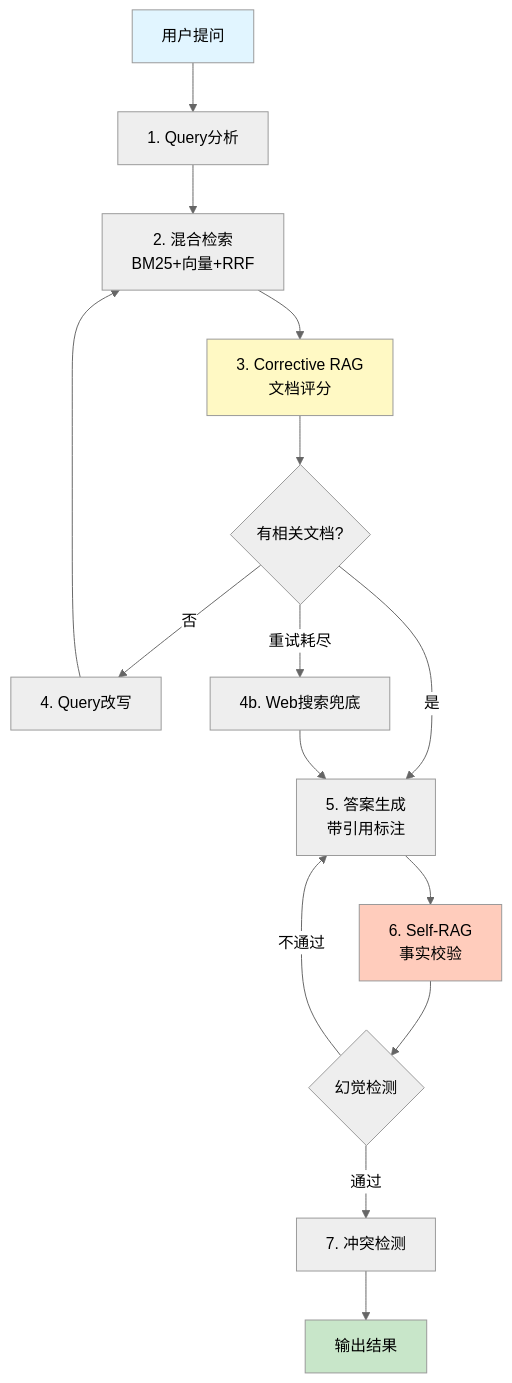
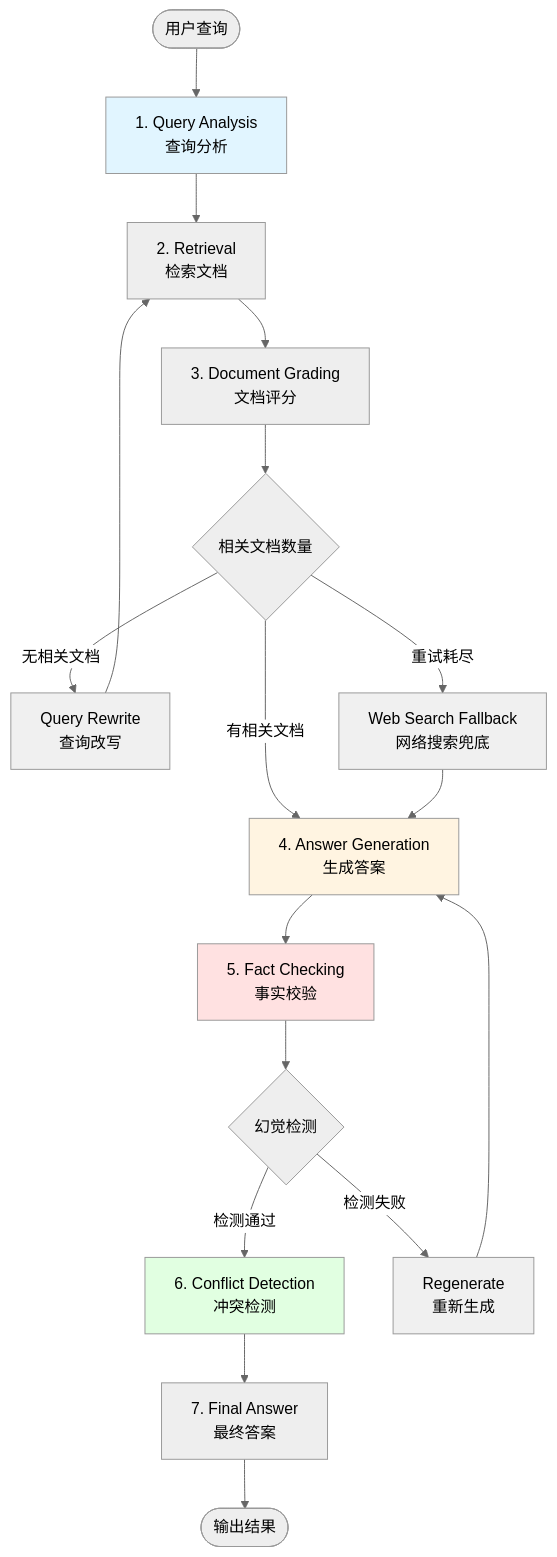
The first of 2 diagrams in README.md (Alelasi/deep-rag), drawn with Mermaid (neutral theme) before and after one commit. The commit also changed other lines of this file and 353 other files, not shown here.

````diff
--- a/README.md
+++ b/README.md
@@ -39,22 +330,32 @@
 ```mermaid
 graph TD
-    A[用户提问] --> B[1. Query分析]
-    B --> C[2. 混合检索<br/>BM25+向量+RRF]
-    C --> D[3. Corrective RAG<br/>文档评分]
-    D --> E{有相关文档?}
-    E -->|是| F[5. 答案生成<br/>带引用标注]
-    E -->|否| G[4. Query改写]
-    G --> C
-    E -->|重试耗尽| H[4b. Web搜索兜底]
-    H --> F
-    F --> I[6. Self-RAG<br/>事实校验]
-    I --> J{幻觉检测}
-    J -->|通过| K[7. 冲突检测]
-    J -->|不通过| F
-    K --> L[输出结果]
+    Start([用户查询]) --> A[1. Query Analysis<br/>查询分析]
+    A --> B[2. Retrieval<br/>检索文档]
+    
+    B --> C[3. Document Grading<br/>文档评分]
+    C --> D{相关文档数量}
+    
+    D -->|有相关文档| E[4. Answer Generation<br/>生成答案]
+    D -->|无相关文档| F[Query Rewrite<br/>查询改写]
+    F --> B
+    D -->|重试耗尽| G[Web Search Fallback<br/>网络搜索兜底]
+    G --> E
+    
+    E --> H[5. Fact Checking<br/>事实校验]
+    H --> I{幻觉检测}
+    
+    I -->|检测通过| J[6. Conflict Detection<br/>冲突检测]
+    I -->|检测失败| K[Regenerate<br/>重新生成]
+    K --> E
+    
+    J --> L[7. Final Answer<br/>最终答案]
+    L --> End([输出结果])
     
     style A fill:#e1f5ff
-    style L fill:#c8e6c9
-    style D fill:#fff9c4
-    style I fill:#ffccbc
+    style E fill:#fff4e1
+    style H fill:#ffe1e1
+    style J fill:#e1ffe1
+    style F fill:#f0f0f0
+    style G fill:#f0f0f0
+    style K fill:#f0f0f0
 ```
````
